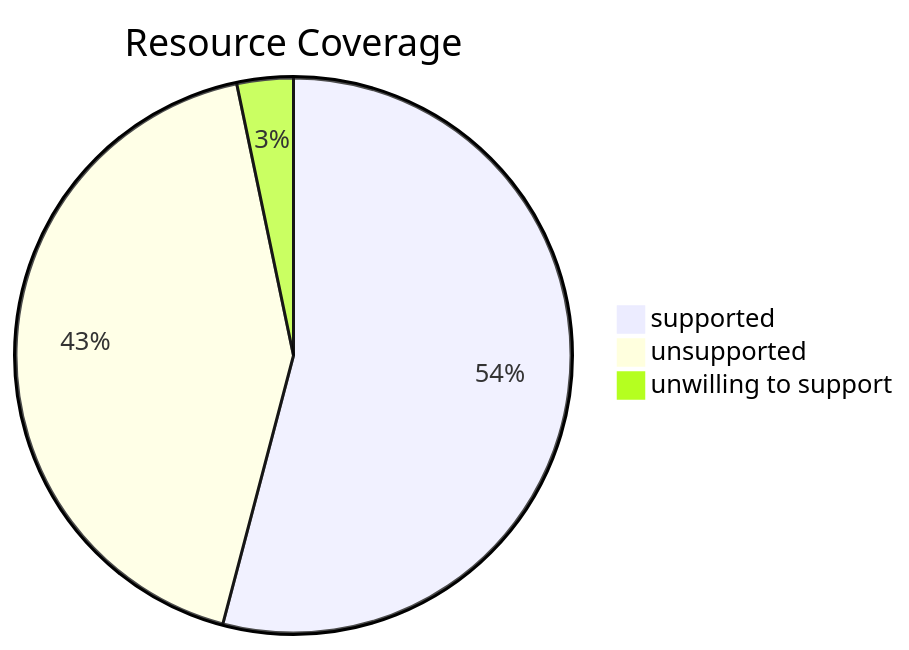
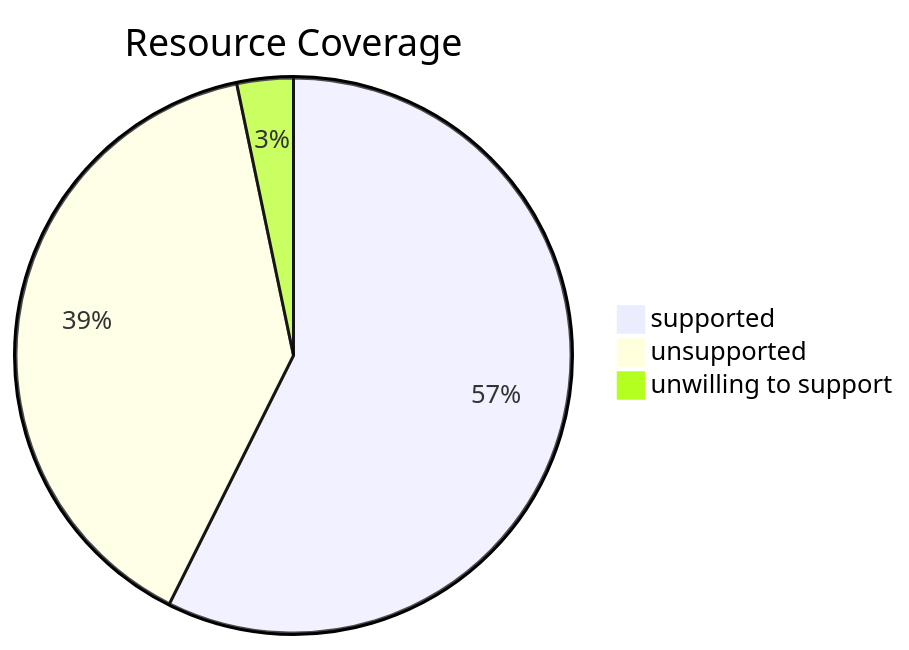
The diagram in README.md (lassoColombo/nuke), drawn with Mermaid before and after one commit. The commit also changed other lines of this file, not shown here.

````diff
--- a/README.md
+++ b/README.md
@@ -153,7 +153,7 @@
 ```mermaid
 pie title Resource Coverage
-    "supported" : 33
-    "unsupported" : 26
+    "supported" : 35
+    "unsupported" : 24
     "unwilling to support" : 2
 
 ```
````
